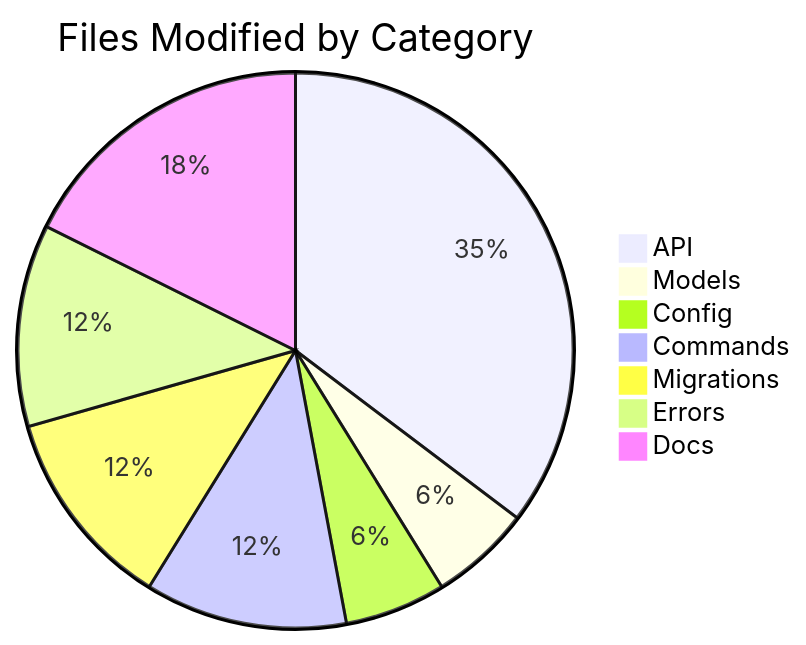
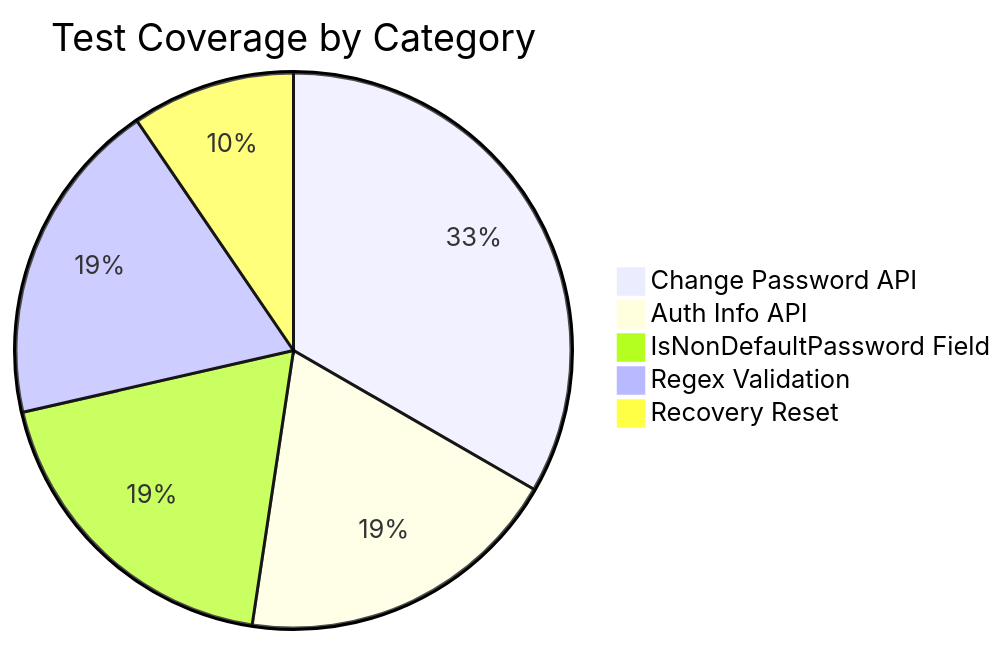
The fourth of 6 diagrams in appflowy/APPFLOWY_BRANCH_MIGRATION_HISTORY.md (JonasMht/edelweiss-gotrue), drawn with Mermaid before and after one commit. The commit also changed other lines of this file and 5 other files, not shown here.

````diff
--- a/appflowy/APPFLOWY_BRANCH_MIGRATION_HISTORY.md
+++ b/appflowy/APPFLOWY_BRANCH_MIGRATION_HISTORY.md
@@ -237,10 +140,8 @@
 ```mermaid
-pie title Files Modified by Category
-    "API" : 6
-    "Models" : 1
-    "Config" : 1
-    "Commands" : 2
-    "Migrations" : 2
-    "Errors" : 2
-    "Docs" : 3
+pie title Test Coverage by Category
+    "Change Password API" : 7
+    "Auth Info API" : 4
+    "IsNonDefaultPassword Field" : 4
+    "Regex Validation" : 4
+    "Recovery Reset" : 2
 ```
````
